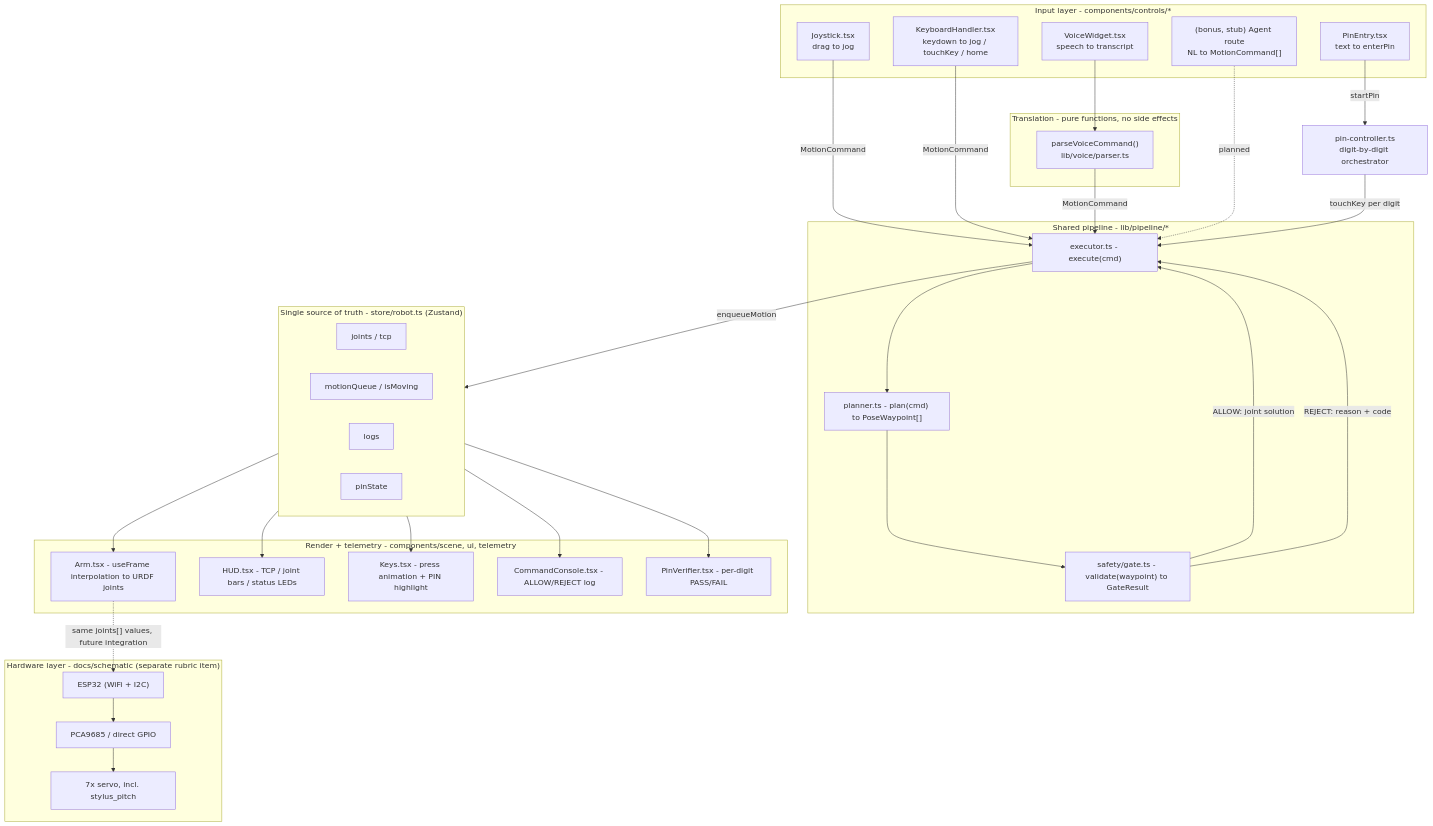
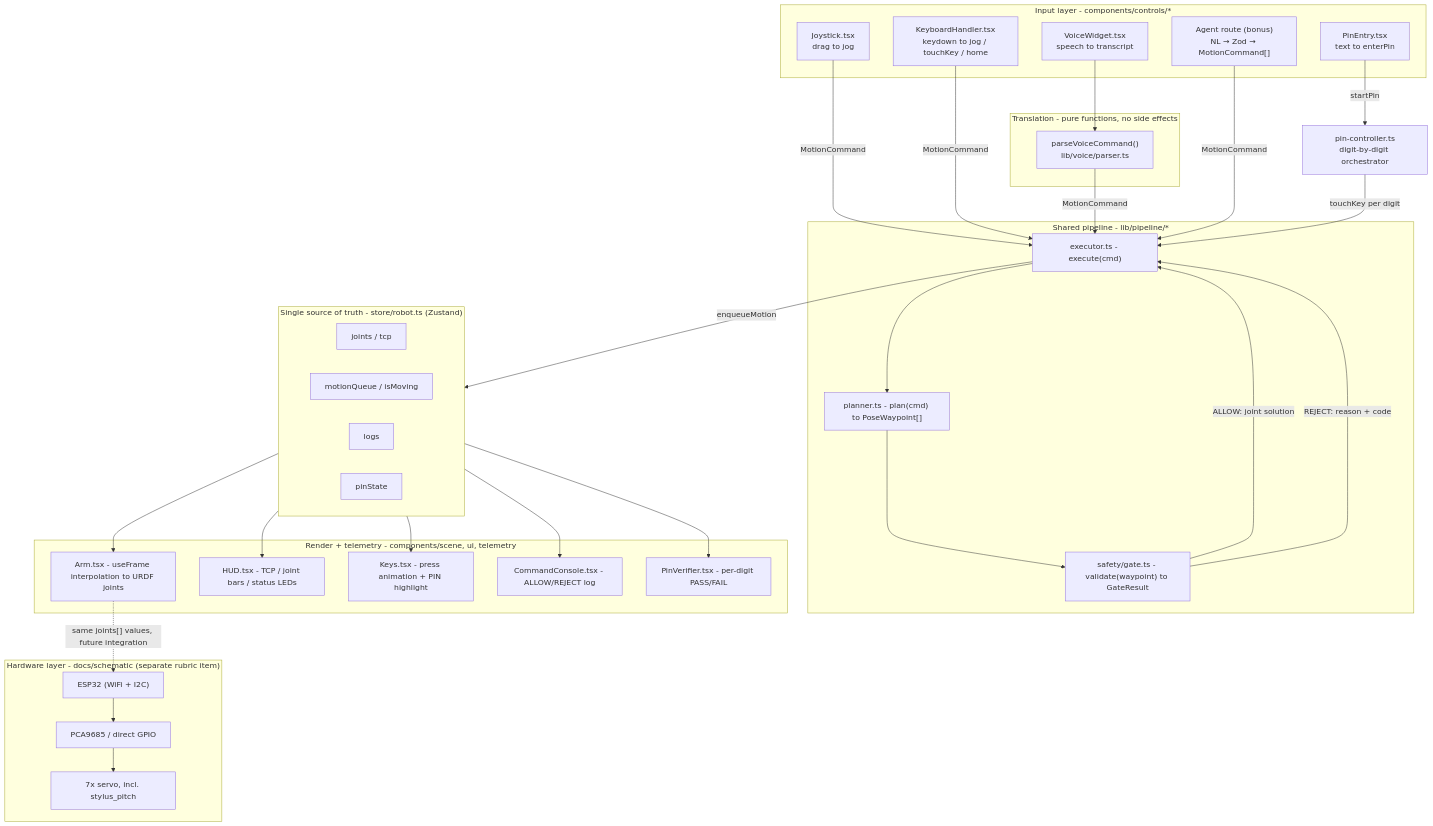
One commit to SamisDone/GreenLight-IUT-Techathon-Hackathon changed the first of 4 diagrams in docs/System Architecture & Concept Explanation.md. Above: the diagram before and after it, drawn with Mermaid. The commit also changed other lines of this file, not shown here.

First line of the commit message:
docs: update system architecture to reflect agentic layer implementation

````diff
--- a/docs/System Architecture & Concept Explanation.md
+++ b/docs/System Architecture & Concept Explanation.md
@@ -54,63 +54,63 @@
 ```mermaid
 flowchart TB
   subgraph INPUT["Input layer - components/controls/*"]
     A1["Joystick.tsx<br/>drag to jog"]
     A2["KeyboardHandler.tsx<br/>keydown to jog / touchKey / home"]
     A3["VoiceWidget.tsx<br/>speech to transcript"]
     A4["PinEntry.tsx<br/>text to enterPin"]
-    A5["(bonus, stub) Agent route<br/>NL to MotionCommand[]"]
+    A5["Agent route (bonus)<br/>NL → Zod → MotionCommand[]"]
   end
 
   subgraph TRANSLATE["Translation - pure functions, no side effects"]
     B3["parseVoiceCommand()<br/>lib/voice/parser.ts"]
   end
 
   A1 -->|MotionCommand| C
   A2 -->|MotionCommand| C
   A3 --> B3
   B3 -->|MotionCommand| C
   A4 -->|startPin| D["pin-controller.ts<br/>digit-by-digit orchestrator"]
-  A5 -.->|planned| C
+  A5 -->|MotionCommand| C
 
   subgraph PIPELINE["Shared pipeline - lib/pipeline/*"]
     C["executor.ts - execute(cmd)"]
     P["planner.ts - plan(cmd) to PoseWaypoint[]"]
     G["safety/gate.ts - validate(waypoint) to GateResult"]
     C --> P --> G
     G -->|ALLOW: joint solution| C
     G -->|REJECT: reason + code| C
   end
 
   D -->|touchKey per digit| C
   C -->|enqueueMotion| STORE
 
   subgraph STORE["Single source of truth - store/robot.ts (Zustand)"]
     S1["joints / tcp"]
     S2["motionQueue / isMoving"]
     S3["logs"]
     S4["pinState"]
   end
 
   subgraph RENDER["Render + telemetry - components/scene, ui, telemetry"]
     R1["Arm.tsx - useFrame interpolation to URDF joints"]
     R2["HUD.tsx - TCP / joint bars / status LEDs"]
     R3["Keys.tsx - press animation + PIN highlight"]
     R4["CommandConsole.tsx - ALLOW/REJECT log"]
     R5["PinVerifier.tsx - per-digit PASS/FAIL"]
   end
 
   STORE --> R1
   STORE --> R2
   STORE --> R3
   STORE --> R4
   STORE --> R5
 
   subgraph HW["Hardware layer - docs/schematic (separate rubric item)"]
     H1["ESP32 (WiFi + I2C)"]
     H2["PCA9685 / direct GPIO"]
     H3["7x servo, incl. stylus_pitch"]
   end
 
   R1 -.->|"same joints[] values, future integration"| H1
   H1 --> H2 --> H3
 ```
````
